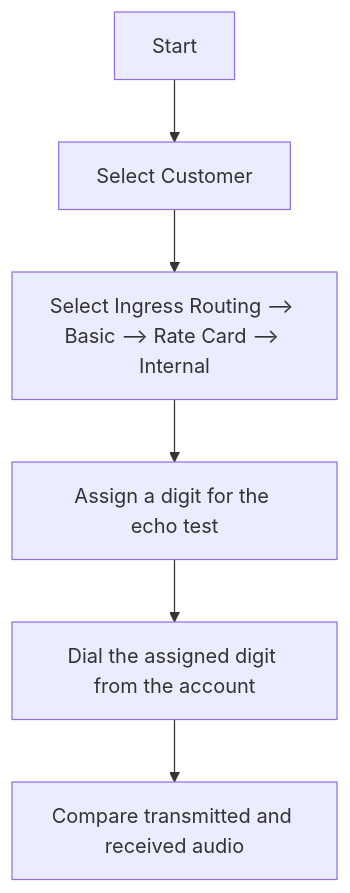
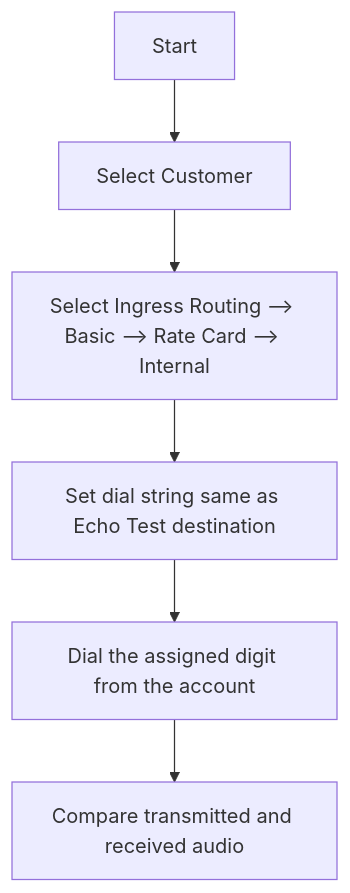
The second of 2 diagrams in docs/guides/tshoot-media.md (connexcs/docs), drawn with Mermaid before and after one commit.

Commit message:
echo test

````diff
--- a/docs/guides/tshoot-media.md
+++ b/docs/guides/tshoot-media.md
@@ -150,8 +150,8 @@
 ```mermaid
 graph TD
     A[Start] --> B[Select Customer]
     B --> C[Select Ingress Routing --> Basic --> Rate Card --> Internal]
-    C --> D[Assign a digit for the echo test]
+    C --> D[Set dial string same as Echo Test destination]
     D --> E[Dial the assigned digit from the account]
     E --> F[Compare transmitted and received audio]
 ```
````
